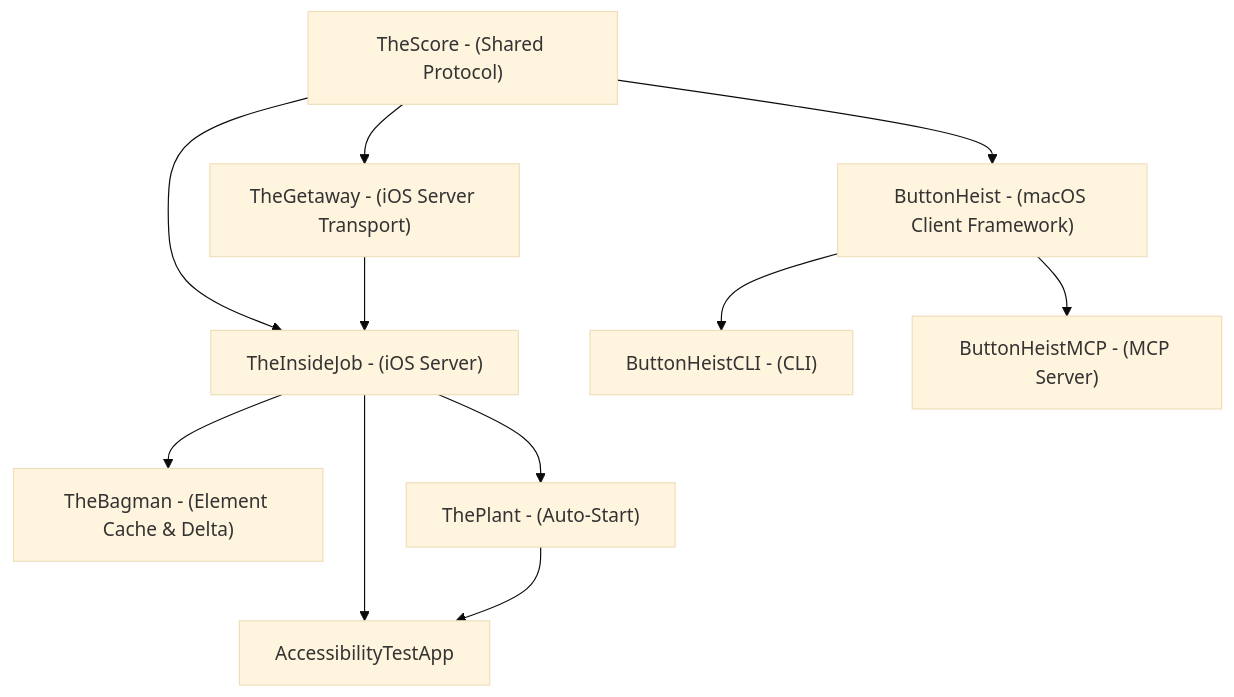
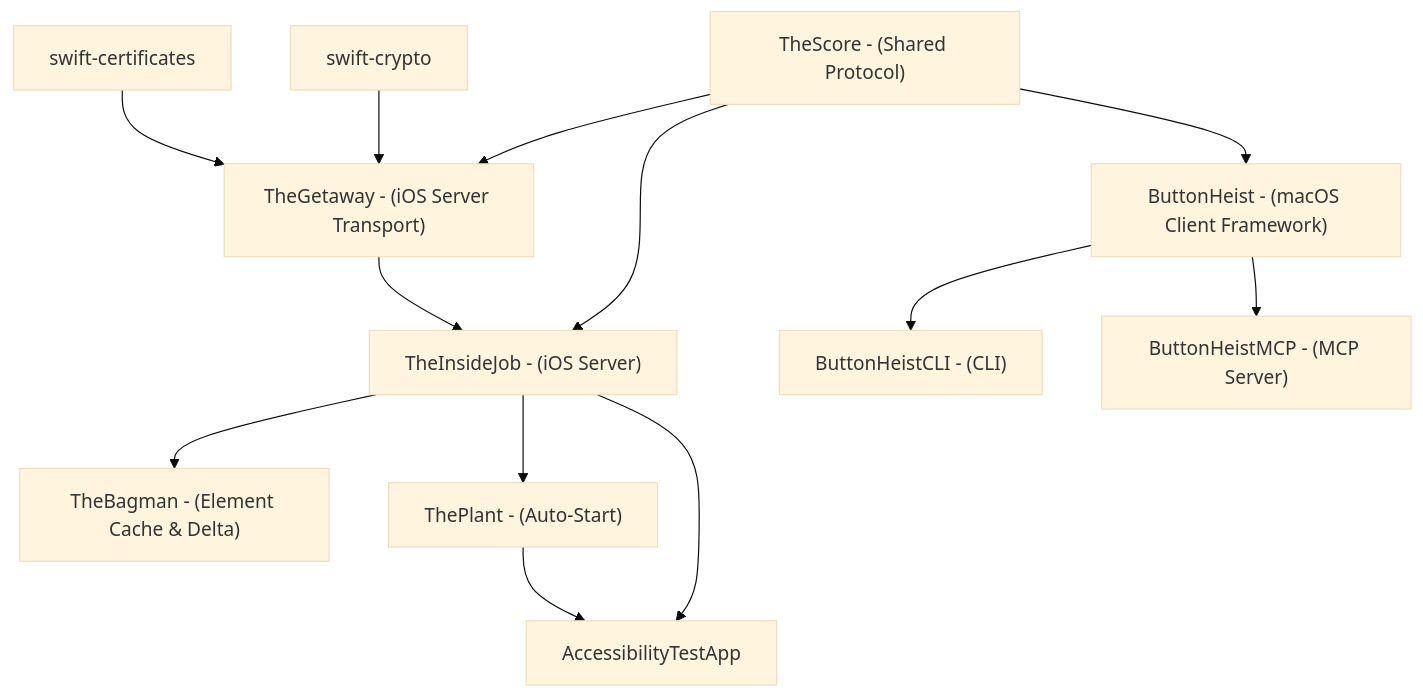
Before and after one commit to RoyalPineapple/TheButtonHeist: the first of 2 diagrams in docs/dossiers/00-OVERVIEW.md, drawn with Mermaid (base theme). The commit also changed other lines of this file and 11 other files, not shown here.

````diff
--- a/docs/dossiers/00-OVERVIEW.md
+++ b/docs/dossiers/00-OVERVIEW.md
@@ -36,23 +36,28 @@
 ```mermaid
 graph TD
     TheScore["TheScore - (Shared Protocol)"]
     TheGetaway["TheGetaway - (iOS Server Transport)"]
     TheInsideJob["TheInsideJob - (iOS Server)"]
     TheBagman["TheBagman - (Element Cache & Delta)"]
     ThePlant["ThePlant - (Auto-Start)"]
     ButtonHeist["ButtonHeist - (macOS Client Framework)"]
     CLI["ButtonHeistCLI - (CLI)"]
     MCP["ButtonHeistMCP - (MCP Server)"]
     TestApp["AccessibilityTestApp"]
 
+    Crypto["swift-crypto"]
+    X509["swift-certificates"]
+
     TheScore --> TheGetaway
+    Crypto --> TheGetaway
+    X509 --> TheGetaway
     TheScore --> TheInsideJob
     TheGetaway --> TheInsideJob
     TheScore --> ButtonHeist
     ButtonHeist --> CLI
     ButtonHeist --> MCP
     TheInsideJob --> TheBagman
     TheInsideJob --> ThePlant
     TheInsideJob --> TestApp
     ThePlant --> TestApp
 ```
````
